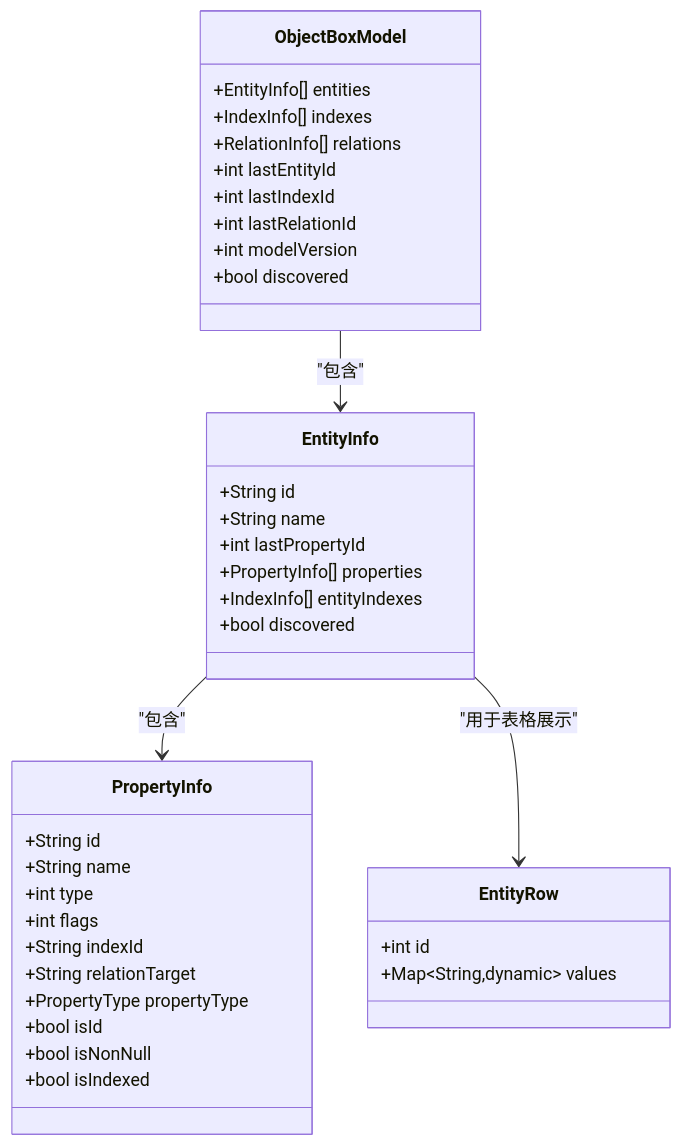
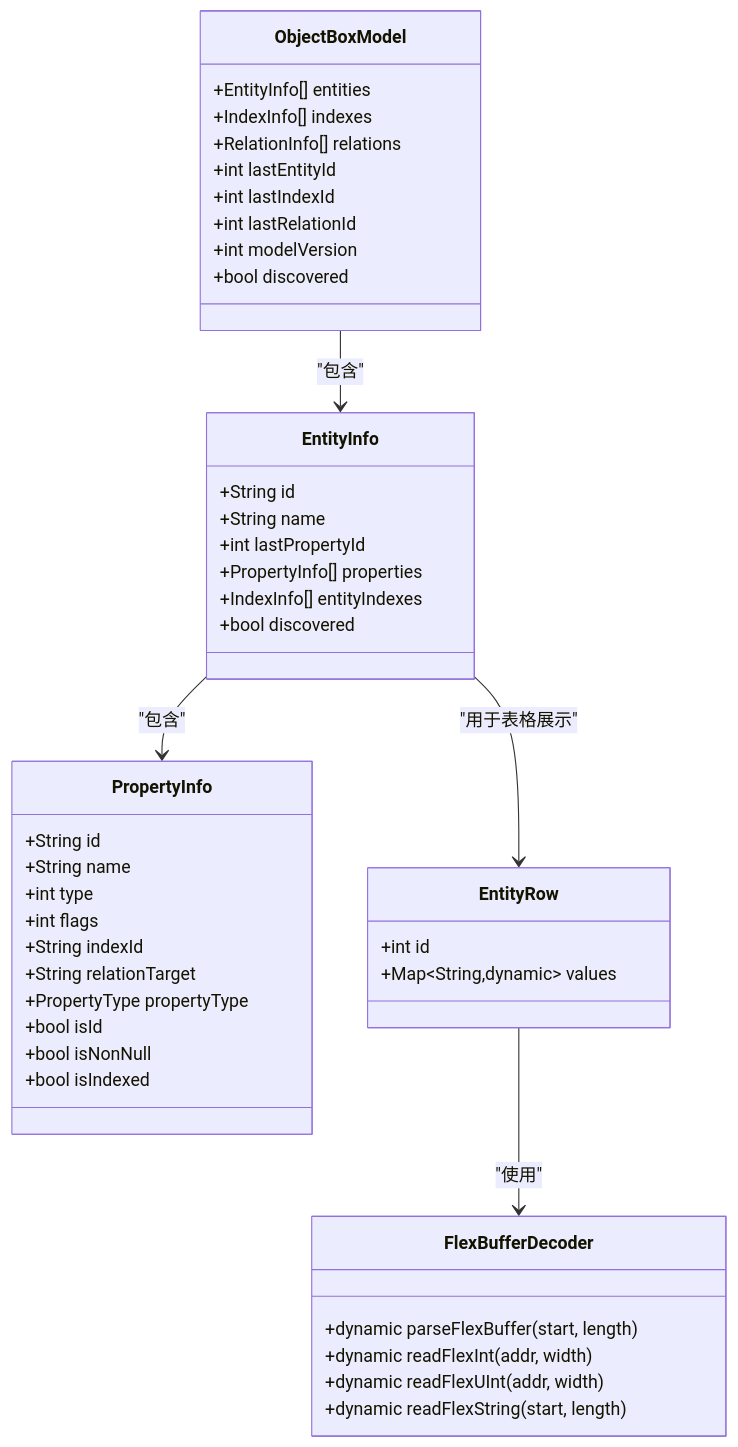
The fifth of 8 diagrams in .qoder/repowiki/zh/content/核心功能/核心功能.md (kongpf8848/objectbox_viewer), drawn with Mermaid before and after one commit. The commit also changed other lines of this file and 9 other files, not shown here.

````diff
--- a/.qoder/repowiki/zh/content/核心功能/核心功能.md
+++ b/.qoder/repowiki/zh/content/核心功能/核心功能.md
@@ -209,40 +231,47 @@
 ```mermaid
 classDiagram
 class ObjectBoxModel {
 +EntityInfo[] entities
 +IndexInfo[] indexes
 +RelationInfo[] relations
 +int lastEntityId
 +int lastIndexId
 +int lastRelationId
 +int modelVersion
 +bool discovered
 }
 class EntityInfo {
 +String id
 +String name
 +int lastPropertyId
 +PropertyInfo[] properties
 +IndexInfo[] entityIndexes
 +bool discovered
 }
 class PropertyInfo {
 +String id
 +String name
 +int type
 +int flags
 +String indexId
 +String relationTarget
 +PropertyType propertyType
 +bool isId
 +bool isNonNull
 +bool isIndexed
 }
 class EntityRow {
 +int id
 +Map~String,dynamic~ values
 }
+class FlexBufferDecoder {
++dynamic parseFlexBuffer(start, length)
++dynamic readFlexInt(addr, width)
++dynamic readFlexUInt(addr, width)
++dynamic readFlexString(start, length)
+}
 ObjectBoxModel --> EntityInfo : "包含"
 EntityInfo --> PropertyInfo : "包含"
 EntityInfo --> EntityRow : "用于表格展示"
+EntityRow --> FlexBufferDecoder : "使用"
 ```
````
